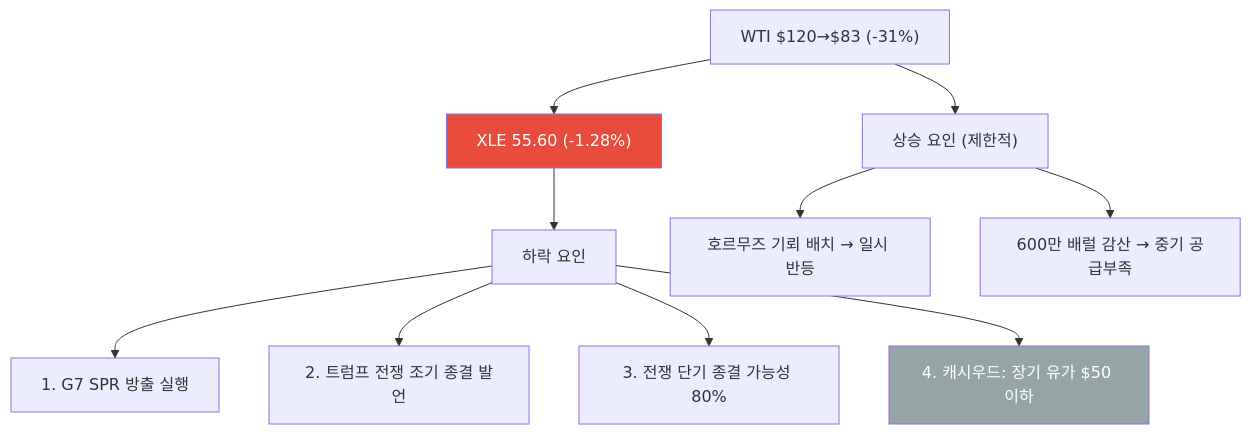
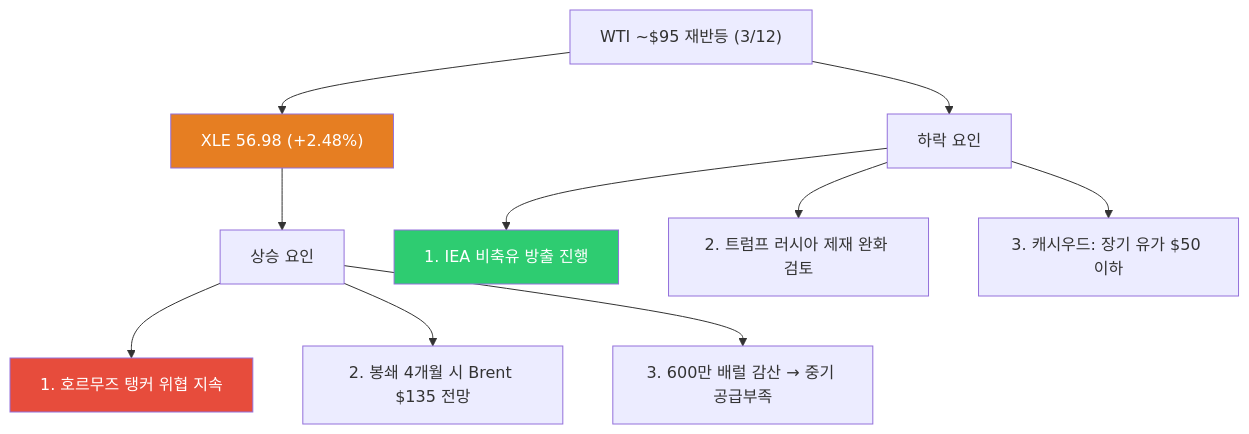
One commit to dss99911/dss99911.github.io changed the sixth of 11 diagrams in _posts/knowledge/invest/2026-03-07-energy-sector-outlook-2026.md. Above: the diagram before and after it, drawn with Mermaid. The commit also changed other lines of this file and 4 other files, not shown here.

First line of the commit message:
투자 전망 데일리 업데이트 (3/12): GTC D-4 Groq LPU, WTI $95 재반등, SpaceX IPO

````diff
--- a/_posts/knowledge/invest/2026-03-07-energy-sector-outlook-2026.md
+++ b/_posts/knowledge/invest/2026-03-07-energy-sector-outlook-2026.md
@@ -192,16 +201,17 @@
 ```mermaid
 graph TD
-    A["WTI $120→$83 (-31%)"] --> B["XLE 55.60 (-1.28%)"]
-    B --> C["하락 요인"]
-    C --> D["1. G7 SPR 방출 실행"]
-    C --> E["2. 트럼프 전쟁 조기 종결 발언"]
-    C --> F["3. 전쟁 단기 종결 가능성 80%"]
-    C --> G["4. 캐시우드: 장기 유가 $50 이하"]
+    A["WTI ~$95 재반등 (3/12)"] --> B["XLE 56.98 (+2.48%)"]
+    B --> C["상승 요인"]
+    C --> D["1. 호르무즈 탱커 위협 지속"]
+    C --> E["2. 봉쇄 4개월 시 Brent $135 전망"]
+    C --> F["3. 600만 배럴 감산 → 중기 공급부족"]
 
-    A --> H["상승 요인 (제한적)"]
-    H --> I["호르무즈 기뢰 배치 → 일시 반등"]
-    H --> J["600만 배럴 감산 → 중기 공급부족"]
+    A --> G["하락 요인"]
+    G --> H["1. IEA 비축유 방출 진행"]
+    G --> I["2. 트럼프 러시아 제재 완화 검토"]
+    G --> J["3. 캐시우드: 장기 유가 $50 이하"]
 
-    style B fill:#e74c3c,color:#fff
-    style G fill:#95a5a6,color:#fff
+    style B fill:#e67e22,color:#fff
+    style D fill:#e74c3c,color:#fff
+    style H fill:#2ecc71,color:#fff
 ```
````
